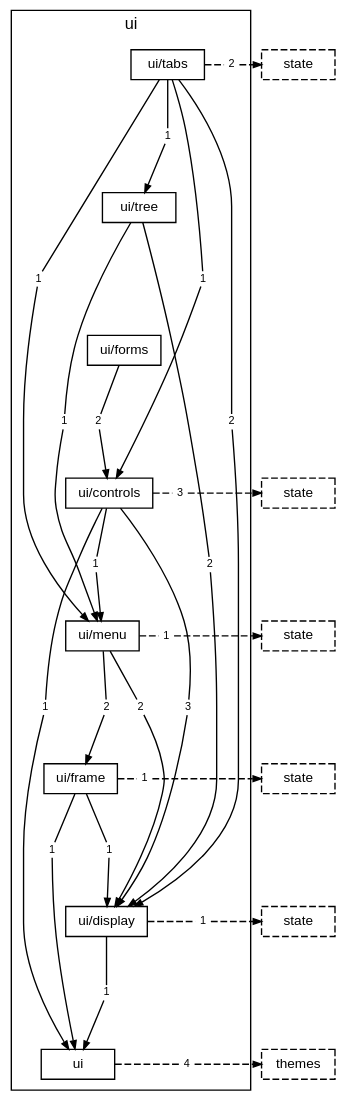
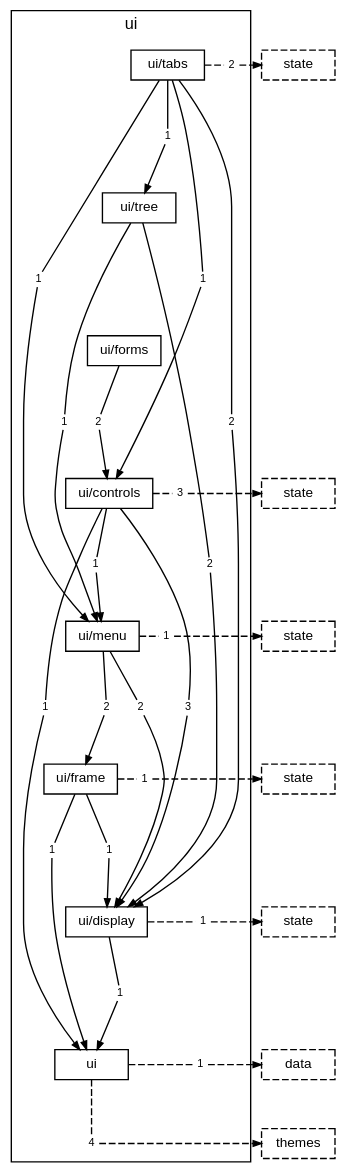
Before and after one commit to TheAxeC/oculus: the diagram in docs/diagrams/layer-ui.dot, drawn with Graphviz. The commit also changed 51 other files, not shown here.

```diff
--- a/docs/diagrams/layer-ui.dot
+++ b/docs/diagrams/layer-ui.dot
@@ -1,98 +1,103 @@
 digraph layer_ui {
     graph [bgcolor="transparent", rankdir=TB, newrank=true, fontname="Helvetica,Arial,sans-serif", fontsize=12, nodesep=0.2, ranksep=0.5];
     node [shape=box, color="black", fontcolor="black", fontname="Helvetica,Arial,sans-serif", fontsize=10, height=0.3, margin="0.12,0.04"];
     edge [color="black", fontcolor="black", fontname="Helvetica,Arial,sans-serif", fontsize=8, arrowsize=0.6];
     subgraph "cluster_ui" {
         label="ui"; style=solid;
         "folder ui/tabs" [label="ui/tabs"];
         "folder ui/tree" [label="ui/tree"];
         "folder ui/forms" [label="ui/forms"];
         "folder ui/controls" [label="ui/controls"];
         "folder ui/menu" [label="ui/menu"];
         "folder ui/frame" [label="ui/frame"];
         "folder ui/display" [label="ui/display"];
         "folder ui" [label="ui"];
         "folder ui/tabs to folder ui/controls" [label="1", shape=box, color="transparent", fontsize=8, width=0, height=0, margin="0.04,0.02"];
         "folder ui/tabs to folder ui/display" [label="2", shape=box, color="transparent", fontsize=8, width=0, height=0, margin="0.04,0.02"];
         "folder ui/tabs to folder ui/menu" [label="1", shape=box, color="transparent", fontsize=8, width=0, height=0, margin="0.04,0.02"];
         "folder ui/tabs to folder ui/tree" [label="1", shape=box, color="transparent", fontsize=8, width=0, height=0, margin="0.04,0.02"];
         "folder ui/tabs to layer state" [label="2", shape=box, color="transparent", fontsize=8, width=0, height=0, margin="0.04,0.02"];
         "folder ui/tree to folder ui/display" [label="2", shape=box, color="transparent", fontsize=8, width=0, height=0, margin="0.04,0.02"];
         "folder ui/tree to folder ui/menu" [label="1", shape=box, color="transparent", fontsize=8, width=0, height=0, margin="0.04,0.02"];
         "folder ui/forms to folder ui/controls" [label="2", shape=box, color="transparent", fontsize=8, width=0, height=0, margin="0.04,0.02"];
         "folder ui/controls to folder ui" [label="1", shape=box, color="transparent", fontsize=8, width=0, height=0, margin="0.04,0.02"];
         "folder ui/controls to folder ui/display" [label="3", shape=box, color="transparent", fontsize=8, width=0, height=0, margin="0.04,0.02"];
         "folder ui/controls to folder ui/menu" [label="1", shape=box, color="transparent", fontsize=8, width=0, height=0, margin="0.04,0.02"];
         "folder ui/controls to layer state" [label="3", shape=box, color="transparent", fontsize=8, width=0, height=0, margin="0.04,0.02"];
         "folder ui/menu to folder ui/display" [label="2", shape=box, color="transparent", fontsize=8, width=0, height=0, margin="0.04,0.02"];
         "folder ui/menu to folder ui/frame" [label="2", shape=box, color="transparent", fontsize=8, width=0, height=0, margin="0.04,0.02"];
         "folder ui/menu to layer state" [label="1", shape=box, color="transparent", fontsize=8, width=0, height=0, margin="0.04,0.02"];
         "folder ui/frame to folder ui" [label="1", shape=box, color="transparent", fontsize=8, width=0, height=0, margin="0.04,0.02"];
         "folder ui/frame to folder ui/display" [label="1", shape=box, color="transparent", fontsize=8, width=0, height=0, margin="0.04,0.02"];
         "folder ui/frame to layer state" [label="1", shape=box, color="transparent", fontsize=8, width=0, height=0, margin="0.04,0.02"];
         "folder ui/display to folder ui" [label="1", shape=box, color="transparent", fontsize=8, width=0, height=0, margin="0.04,0.02"];
         "folder ui/display to layer state" [label="1", shape=box, color="transparent", fontsize=8, width=0, height=0, margin="0.04,0.02"];
+        "folder ui to layer data" [label="1", shape=box, color="transparent", fontsize=8, width=0, height=0, margin="0.04,0.02"];
         "folder ui to layer themes" [label="4", shape=box, color="transparent", fontsize=8, width=0, height=0, margin="0.04,0.02"];
     }
     "layer state from folder ui/tabs" [label="state", style=dashed];
     "layer state from folder ui/controls" [label="state", style=dashed];
     "layer state from folder ui/menu" [label="state", style=dashed];
     "layer state from folder ui/frame" [label="state", style=dashed];
     "layer state from folder ui/display" [label="state", style=dashed];
+    "layer data from folder ui" [label="data", style=dashed];
     "layer themes from folder ui" [label="themes", style=dashed];
     "folder ui/tabs" -> "folder ui/tree" [style=invis, weight=10, minlen=2];
     "folder ui/tree" -> "folder ui/forms" [style=invis, weight=10, minlen=2];
     "folder ui/forms" -> "folder ui/controls" [style=invis, weight=10, minlen=2];
     "folder ui/controls" -> "folder ui/menu" [style=invis, weight=10, minlen=2];
     "folder ui/menu" -> "folder ui/frame" [style=invis, weight=10, minlen=2];
     "folder ui/frame" -> "folder ui/display" [style=invis, weight=10, minlen=2];
     "folder ui/display" -> "folder ui" [style=invis, weight=10, minlen=2];
     "folder ui/tabs" -> "folder ui/tabs to folder ui/controls" [arrowhead=none, minlen=3, weight=10];
     "folder ui/tabs to folder ui/controls" -> "folder ui/controls" [];
     "folder ui/tabs" -> "folder ui/tabs to folder ui/display" [arrowhead=none, minlen=5, weight=10];
     "folder ui/tabs to folder ui/display" -> "folder ui/display" [];
     "folder ui/tabs" -> "folder ui/tabs to folder ui/menu" [arrowhead=none, minlen=3, weight=10];
     "folder ui/tabs to folder ui/menu" -> "folder ui/menu" [];
     "folder ui/tabs" -> "folder ui/tabs to folder ui/tree" [arrowhead=none, minlen=1, weight=10];
     "folder ui/tabs to folder ui/tree" -> "folder ui/tree" [];
     "folder ui/tabs" -> "folder ui/tabs to layer state" [arrowhead=none, style=dashed];
     "folder ui/tabs to layer state" -> "layer state from folder ui/tabs" [style=dashed];
     { rank=same; "folder ui/tabs"; "folder ui/tabs to layer state"; "layer state from folder ui/tabs"; }
     "folder ui/tree" -> "folder ui/tree to folder ui/display" [arrowhead=none, minlen=5, weight=10];
     "folder ui/tree to folder ui/display" -> "folder ui/display" [];
     "folder ui/tree" -> "folder ui/tree to folder ui/menu" [arrowhead=none, minlen=3, weight=10];
     "folder ui/tree to folder ui/menu" -> "folder ui/menu" [];
     "folder ui/forms" -> "folder ui/forms to folder ui/controls" [arrowhead=none, minlen=1, weight=10];
     "folder ui/forms to folder ui/controls" -> "folder ui/controls" [];
     "folder ui/controls" -> "folder ui/controls to folder ui" [arrowhead=none, minlen=3, weight=10];
     "folder ui/controls to folder ui" -> "folder ui" [];
     "folder ui/controls" -> "folder ui/controls to folder ui/display" [arrowhead=none, minlen=3, weight=10];
     "folder ui/controls to folder ui/display" -> "folder ui/display" [];
     "folder ui/controls" -> "folder ui/controls to folder ui/menu" [arrowhead=none, minlen=1, weight=10];
     "folder ui/controls to folder ui/menu" -> "folder ui/menu" [];
     "folder ui/controls" -> "folder ui/controls to layer state" [arrowhead=none, style=dashed];
     "folder ui/controls to layer state" -> "layer state from folder ui/controls" [style=dashed];
     { rank=same; "folder ui/controls"; "folder ui/controls to layer state"; "layer state from folder ui/controls"; }
     "folder ui/menu" -> "folder ui/menu to folder ui/display" [arrowhead=none, minlen=1, weight=10];
     "folder ui/menu to folder ui/display" -> "folder ui/display" [];
     "folder ui/menu" -> "folder ui/menu to folder ui/frame" [arrowhead=none, minlen=1, weight=10];
     "folder ui/menu to folder ui/frame" -> "folder ui/frame" [];
     "folder ui/menu" -> "folder ui/menu to layer state" [arrowhead=none, style=dashed];
     "folder ui/menu to layer state" -> "layer state from folder ui/menu" [style=dashed];
     { rank=same; "folder ui/menu"; "folder ui/menu to layer state"; "layer state from folder ui/menu"; }
     "folder ui/frame" -> "folder ui/frame to folder ui" [arrowhead=none, minlen=1, weight=10];
     "folder ui/frame to folder ui" -> "folder ui" [];
     "folder ui/frame" -> "folder ui/frame to folder ui/display" [arrowhead=none, minlen=1, weight=10];
     "folder ui/frame to folder ui/display" -> "folder ui/display" [];
     "folder ui/frame" -> "folder ui/frame to layer state" [arrowhead=none, style=dashed];
     "folder ui/frame to layer state" -> "layer state from folder ui/frame" [style=dashed];
     { rank=same; "folder ui/frame"; "folder ui/frame to layer state"; "layer state from folder ui/frame"; }
     "folder ui/display" -> "folder ui/display to folder ui" [arrowhead=none, minlen=1, weight=10];
     "folder ui/display to folder ui" -> "folder ui" [];
     "folder ui/display" -> "folder ui/display to layer state" [arrowhead=none, style=dashed];
     "folder ui/display to layer state" -> "layer state from folder ui/display" [style=dashed];
     { rank=same; "folder ui/display"; "folder ui/display to layer state"; "layer state from folder ui/display"; }
-    "folder ui" -> "folder ui to layer themes" [arrowhead=none, style=dashed];
+    "folder ui" -> "folder ui to layer data" [arrowhead=none, style=dashed];
+    "folder ui to layer data" -> "layer data from folder ui" [style=dashed];
+    { rank=same; "folder ui"; "folder ui to layer data"; "layer data from folder ui"; }
+    "folder ui" -> "folder ui to layer themes" [arrowhead=none, style=dashed, minlen=1, weight=10];
     "folder ui to layer themes" -> "layer themes from folder ui" [style=dashed];
-    { rank=same; "folder ui"; "folder ui to layer themes"; "layer themes from folder ui"; }
+    { rank=same; "folder ui to layer themes"; "layer themes from folder ui"; }
 }
```
